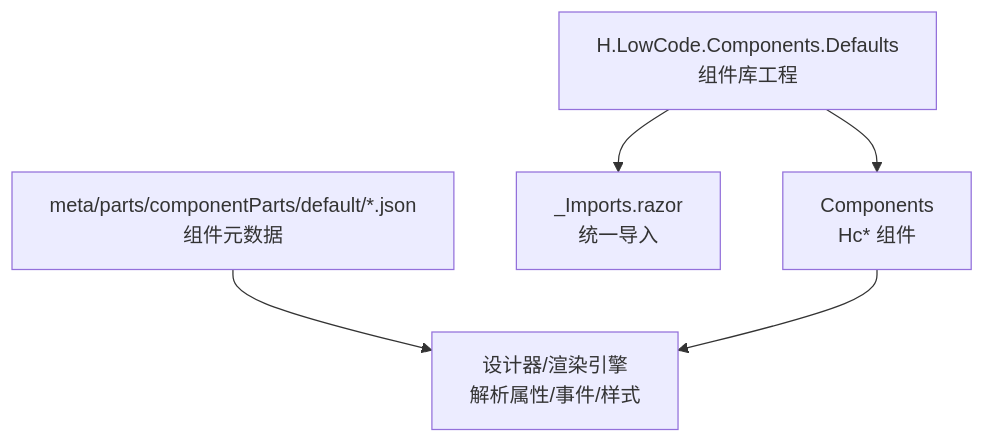
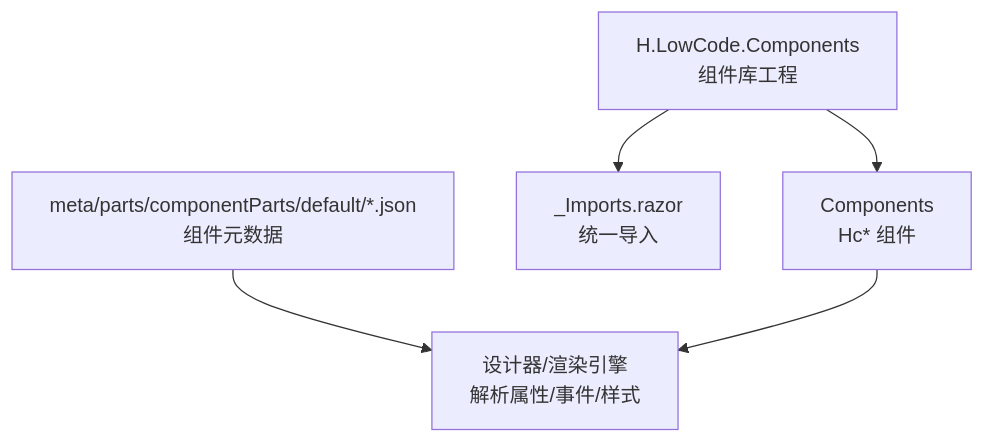
The first of 6 diagrams in .qoder/repowiki/zh/content/前端架构/UI组件库/UI组件库.md (openlowcodelab/lowcode), drawn with Mermaid before and after one commit. The commit also changed other lines of this file and 90 other files, not shown here.

Commit message:
[LowCode] 组件库重命名

````diff
--- a/.qoder/repowiki/zh/content/前端架构/UI组件库/UI组件库.md
+++ b/.qoder/repowiki/zh/content/前端架构/UI组件库/UI组件库.md
@@ -52,7 +52,7 @@
 ```mermaid
 graph TB
-A["H.LowCode.Components.Defaults<br/>组件库工程"] --> B["Components<br/>Hc* 组件"]
+A["H.LowCode.Components<br/>组件库工程"] --> B["Components<br/>Hc* 组件"]
 A --> C["_Imports.razor<br/>统一导入"]
 D["meta/parts/componentParts/default/*.json<br/>组件元数据"] --> E["设计器/渲染引擎<br/>解析属性/事件/样式"]
 B --> E
 ```
````
